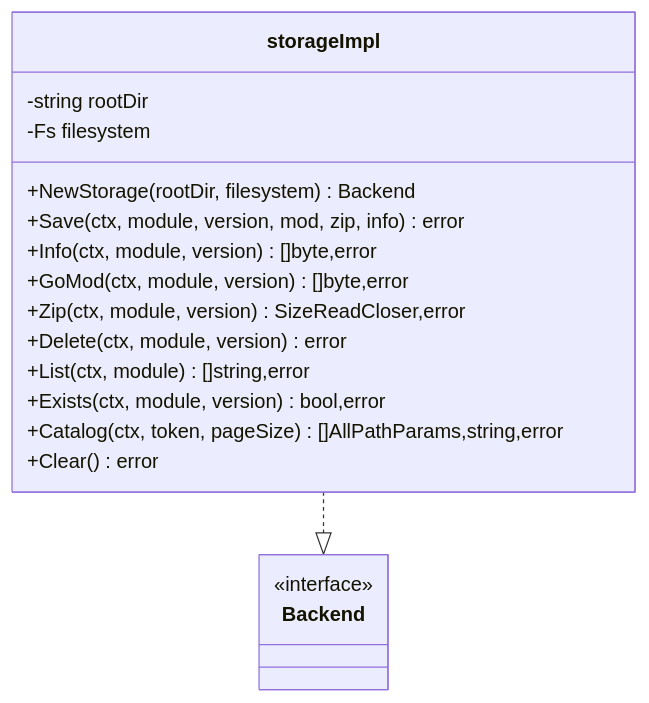
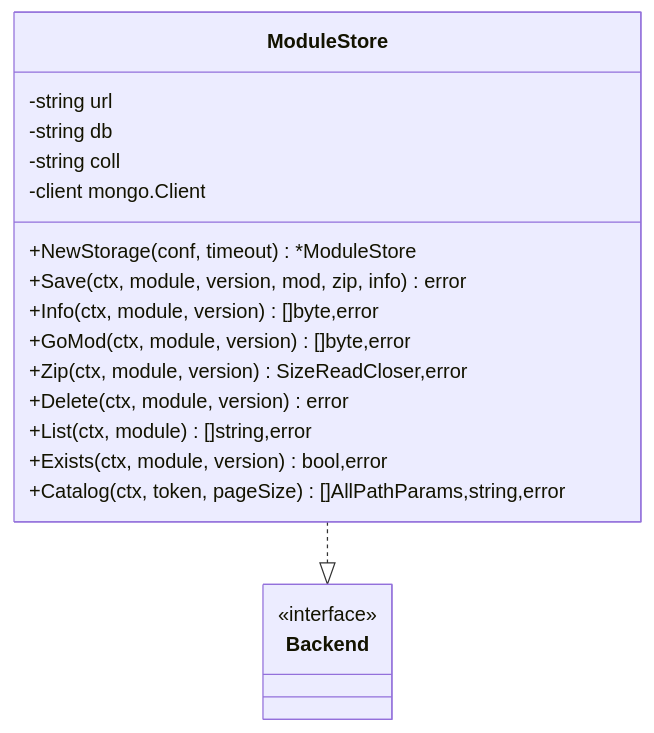
One commit to leimeng-go/athens changed the third of 4 diagrams in .qoder/repowiki/zh/content/配置参考/存储后端配置/文件系统存储配置.md. Above: the diagram before and after it, drawn with Mermaid. The commit also changed other lines of this file and 14 other files, not shown here.

````diff
--- a/.qoder/repowiki/zh/content/配置参考/存储后端配置/文件系统存储配置.md
+++ b/.qoder/repowiki/zh/content/配置参考/存储后端配置/文件系统存储配置.md
@@ -136,21 +114,22 @@
 ```mermaid
 classDiagram
-class storageImpl {
--string rootDir
--Fs filesystem
-+NewStorage(rootDir, filesystem) Backend
+class ModuleStore {
+-string url
+-string db
+-string coll
+-client mongo.Client
++NewStorage(conf, timeout) *ModuleStore
 +Save(ctx, module, version, mod, zip, info) error
 +Info(ctx, module, version) []byte,error
 +GoMod(ctx, module, version) []byte,error
 +Zip(ctx, module, version) SizeReadCloser,error
 +Delete(ctx, module, version) error
 +List(ctx, module) []string,error
 +Exists(ctx, module, version) bool,error
 +Catalog(ctx, token, pageSize) []AllPathParams,string,error
-+Clear() error
 }
 class Backend {
 <<interface>>
 }
-storageImpl ..|> Backend
+ModuleStore ..|> Backend
 ```
````
